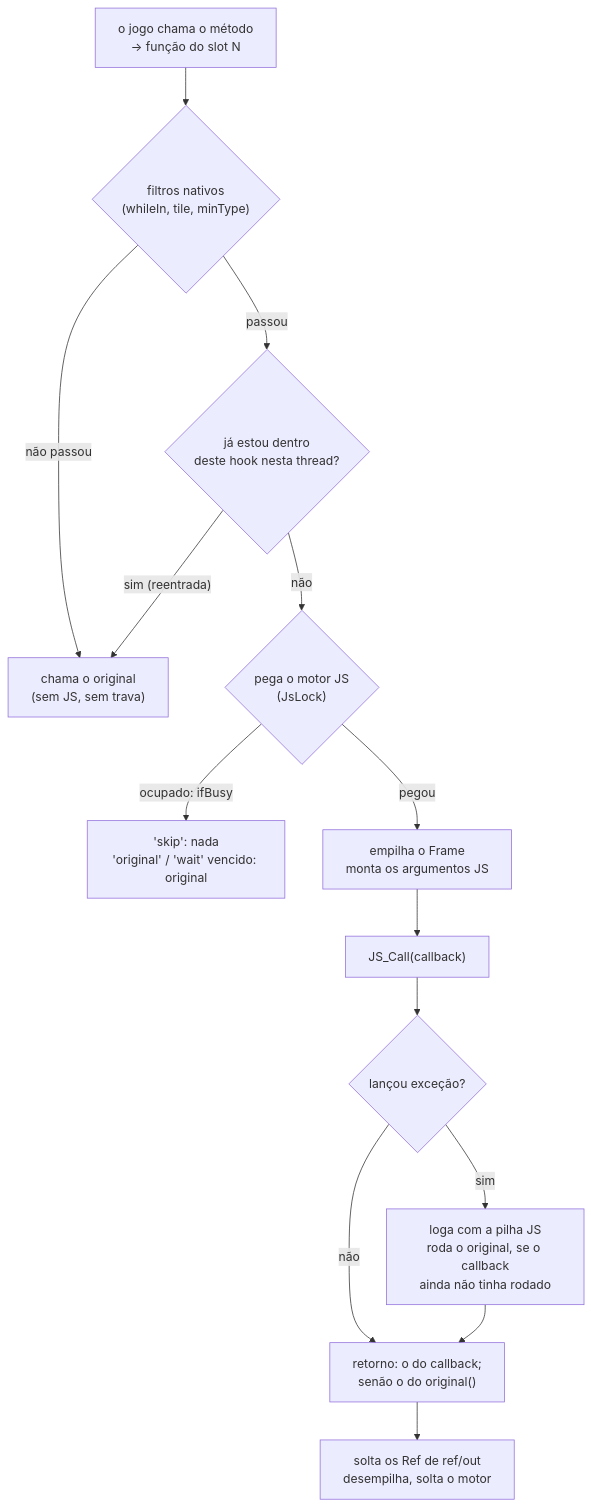
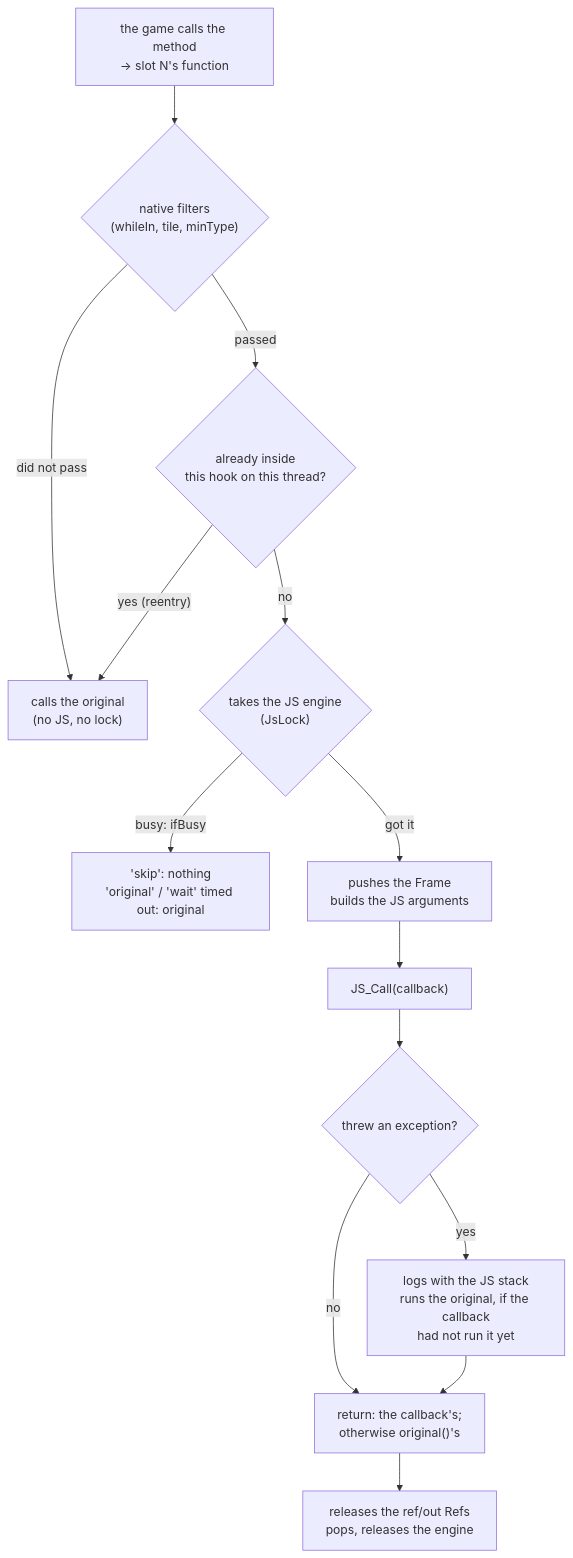
One commit to JonataOliveiraa/Bunny-Loader changed the third of 3 diagrams in docs/nucleo/hooks.md. Above: the diagram before and after it, drawn with Mermaid. The commit also changed other lines of this file and 89 other files, not shown here.

````diff
--- a/docs/nucleo/hooks.md
+++ b/docs/nucleo/hooks.md
@@ -209,16 +211,16 @@
 ```mermaid
 flowchart TD
-    A["o jogo chama o método<br/>→ função do slot N"] --> F{"filtros nativos<br/>(whileIn, tile, minType)"}
-    F -- "não passou" --> O1["chama o original<br/>(sem JS, sem trava)"]
-    F -- "passou" --> R{"já estou dentro<br/>deste hook nesta thread?"}
-    R -- "sim (reentrada)" --> O1
-    R -- "não" --> L{"pega o motor JS<br/>(JsLock)"}
-    L -- "ocupado: ifBusy" --> B["'skip': nada<br/>'original' / 'wait' vencido: original"]
-    L -- "pegou" --> P["empilha o Frame<br/>monta os argumentos JS"]
+    A["the game calls the method<br/>→ slot N's function"] --> F{"native filters<br/>(whileIn, tile, minType)"}
+    F -- "did not pass" --> O1["calls the original<br/>(no JS, no lock)"]
+    F -- "passed" --> R{"already inside<br/>this hook on this thread?"}
+    R -- "yes (reentry)" --> O1
+    R -- "no" --> L{"takes the JS engine<br/>(JsLock)"}
+    L -- "busy: ifBusy" --> B["'skip': nothing<br/>'original' / 'wait' timed out: original"]
+    L -- "got it" --> P["pushes the Frame<br/>builds the JS arguments"]
     P --> C["JS_Call(callback)"]
-    C --> X{"lançou exceção?"}
-    X -- "sim" --> E["loga com a pilha JS<br/>roda o original, se o callback<br/>ainda não tinha rodado"]
-    X -- "não" --> V["retorno: o do callback;<br/>senão o do original()"]
+    C --> X{"threw an exception?"}
+    X -- "yes" --> E["logs with the JS stack<br/>runs the original, if the callback<br/>had not run it yet"]
+    X -- "no" --> V["return: the callback's;<br/>otherwise original()'s"]
     E --> V
-    V --> U["solta os Ref de ref/out<br/>desempilha, solta o motor"]
+    V --> U["releases the ref/out Refs<br/>pops, releases the engine"]
 ```
````
